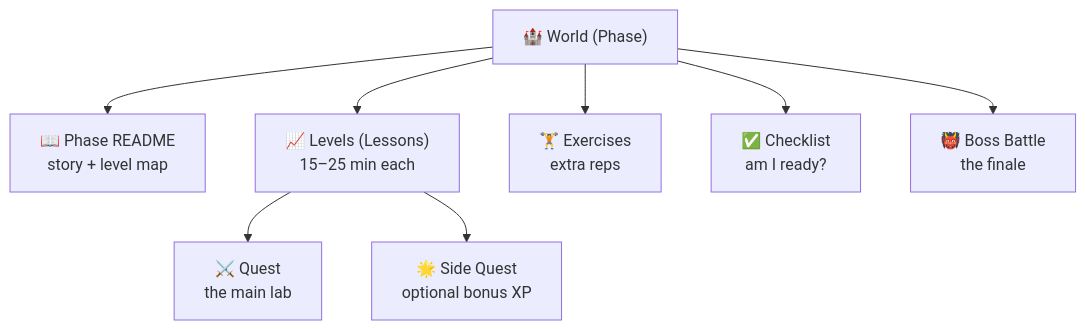
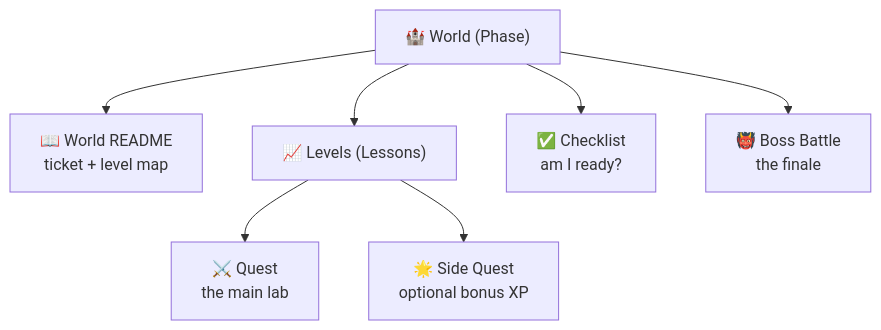
The first of 2 diagrams in RULES.md (raghavpatpatia/cloud-engineer-bootcamp), drawn with Mermaid before and after one commit. The commit also changed other lines of this file and 218 other files, not shown here.

````diff
--- a/RULES.md
+++ b/RULES.md
@@ -19,10 +19,9 @@
 ```mermaid
 flowchart TD
-    W["🏰 World (Phase)"] --> R["📖 Phase README<br/>story + level map"]
-    W --> L["📈 Levels (Lessons)<br/>15–25 min each"]
-    W --> E["🏋️ Exercises<br/>extra reps"]
+    W["🏰 World (Phase)"] --> R["📖 World README<br/>ticket + level map"]
+    W --> L["📈 Levels (Lessons)"]
     W --> C["✅ Checklist<br/>am I ready?"]
     W --> B["👹 Boss Battle<br/>the finale"]
     L --> Q["⚔️ Quest<br/>the main lab"]
     L --> SQ["🌟 Side Quest<br/>optional bonus XP"]
 ```
````
